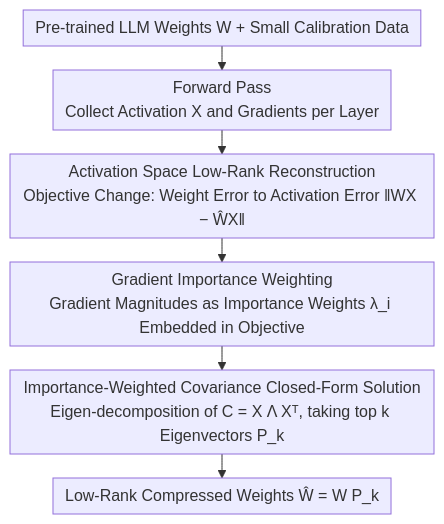
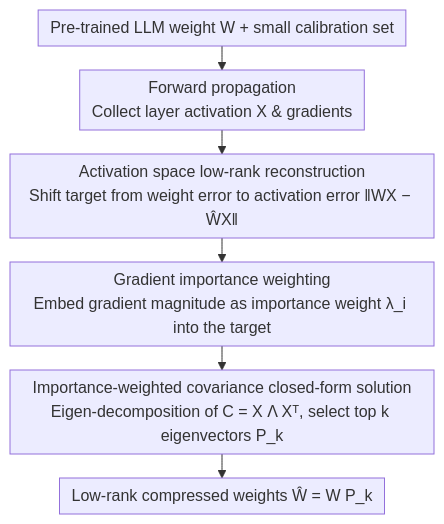
Before and after one commit to zhaoyang97/Paper-Notes-en: the diagram in docs/ACL2026/model_compression/impact_importance-aware_activation_space_reconstruction.md, drawn with Mermaid. The commit also changed other lines of this file and 5084 other files, not shown here.

````diff
--- a/docs/ACL2026/model_compression/impact_importance-aware_activation_space_reconstruction.md
+++ b/docs/ACL2026/model_compression/impact_importance-aware_activation_space_reconstruction.md
@@ -44,10 +44,9 @@
 ```mermaid
 %%{init: {'flowchart': {'rankSpacing': 24, 'nodeSpacing': 28, 'padding': 6, 'wrappingWidth': 400}}}%%
 flowchart TD
-    A["Pre-trained LLM Weights W + Small Calibration Data"] --> B["Forward Pass<br/>Collect Activation X and Gradients per Layer"]
-    B --> C["Activation Space Low-Rank Reconstruction<br/>Objective Change: Weight Error to Activation Error ‖WX − ŴX‖"]
-    D["Gradient Importance Weighting<br/>Gradient Magnitudes as Importance Weights λ_i Embedded in Objective"]
-    C --> D
-    D --> E["Importance-Weighted Covariance Closed-Form Solution<br/>Eigen-decomposition of C = X Λ Xᵀ, taking top k Eigenvectors P_k"]
-    E --> F["Low-Rank Compressed Weights Ŵ = W P_k"]
+    A["Pre-trained LLM weight W + small calibration set"] --> B["Forward propagation<br/>Collect layer activation X & gradients"]
+    B --> C["Activation space low-rank reconstruction<br/>Shift target from weight error to activation error ‖WX − ŴX‖"]
+    C --> D["Gradient importance weighting<br/>Embed gradient magnitude as importance weight λ_i into the target"]
+    D --> E["Importance-weighted covariance closed-form solution<br/>Eigen-decomposition of C = X Λ Xᵀ, select top k eigenvectors P_k"]
+    E --> F["Low-rank compressed weights Ŵ = W P_k"]
 ```
````
